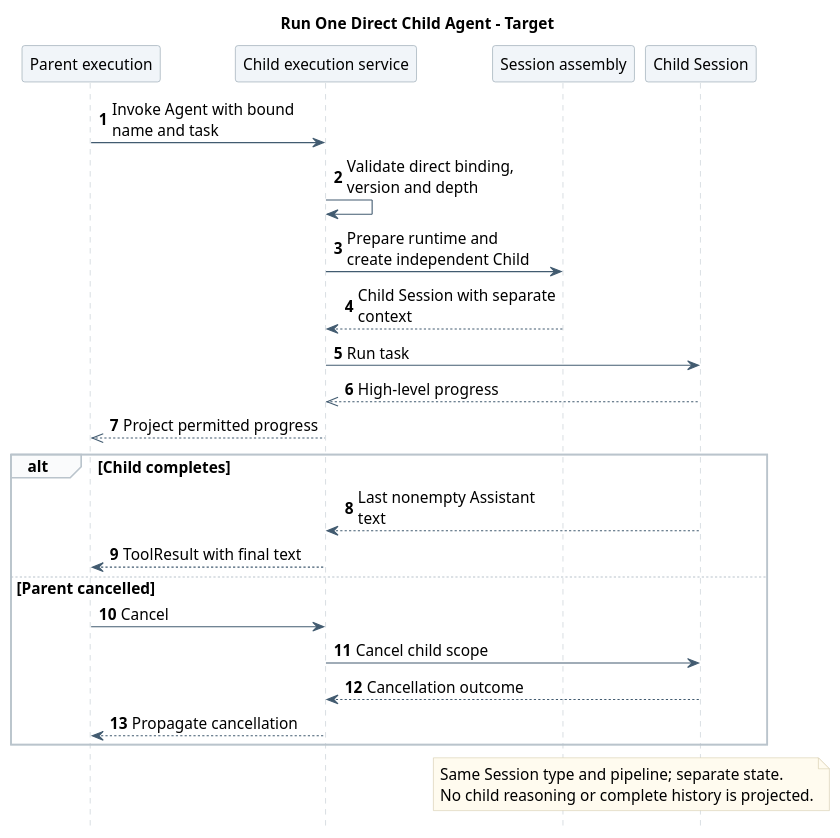
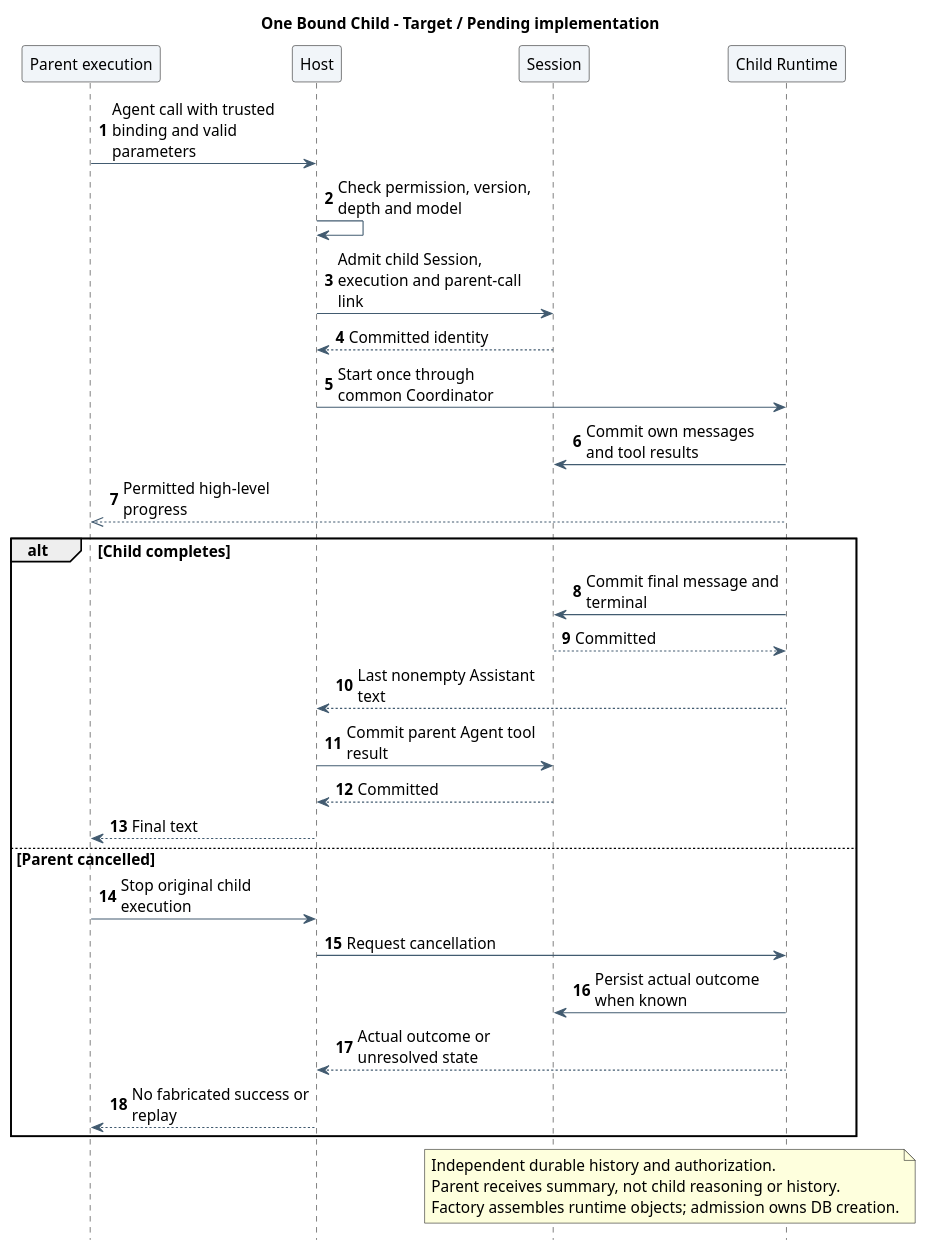
One commit to ssm0808/pi-mono-java-design changed the seventh of 13 diagrams in 01-总体架构/02-CampusClaw工具系统/diagram.puml. Above: the diagram before and after it, drawn with PlantUML. The commit also changed 36 other files, not shown here.

```diff
--- a/01-总体架构/02-CampusClaw工具系统/diagram.puml
+++ b/01-总体架构/02-CampusClaw工具系统/diagram.puml
@@ -413,55 +413,48 @@
 @startuml subagent_execution_sequence
-' Source evidence (CampusClaw d649866):
-' modules/coding-agent-cli/src/main/java/com/campusclaw/codingagent/subagent/tool/SpawnAgentTool.java
-' modules/coding-agent-cli/src/main/java/com/campusclaw/codingagent/tool/delegation/InvokeAgentTool.java
-' modules/coding-agent-cli/src/main/java/com/campusclaw/codingagent/runtime/TransientAgentRunner.java
-' pi packages/coding-agent/examples/extensions/subagent/index.ts
-' OpenCode packages/opencode/src/tool/task.ts
-' Observed behavior: current code has separate spawn and invoke paths plus a
-' session after-hook special case.
-' Design reason: one Agent tool resolves direct bindings and delegates creation
-' to the common AgentSessionFactory. Execution location is not a tool contract.
-' Presentation: one responsibility-level scenario; implementation details remain in the linked document.
+' Source evidence: Java main 769e86592285f4a25b0febaf551eddea6bc7212c
+' modules/coding-agent-cli/src/main/java/com/campusclaw/codingagent/tool/agent/SubagentExecutionService.java:runChild
+' modules/coding-agent-cli/src/main/java/com/campusclaw/codingagent/runtimeapi/event/RuntimeExecutionCoordinator.java:start
+' Observed behavior: Child directly creates an in-memory runtime and returns final text.
+' Design reason: preserve independent durable child history and project only summary to parent.
 skinparam backgroundColor white
 skinparam defaultFontName SansSerif
 skinparam defaultFontSize 14
 skinparam shadowing false
 skinparam sequenceMessageAlign left
 skinparam maxMessageSize 180
 skinparam sequenceArrowColor #425B70
-skinparam sequenceLifeLineBorderColor #BAC4CC
 skinparam sequenceParticipantBackgroundColor #F1F5F9
-skinparam sequenceParticipantBorderColor #8496A4
-skinparam sequenceGroupBackgroundColor #FAFBFC
-skinparam sequenceGroupBorderColor #BAC4CC
-skinparam noteBackgroundColor #FFFBEF
-skinparam noteBorderColor #D2C6A5
 hide footbox
 autonumber
-
-title Run One Direct Child Agent - Target
+title One Bound Child - Target / Pending implementation
 participant "Parent execution" as Parent
-participant "Child execution service" as Service
-participant "Session assembly" as Factory
-participant "Child Session" as Child
-Parent -> Service : Invoke Agent with bound name and task
-Service -> Service : Validate direct binding, version and depth
-Service -> Factory : Prepare runtime and create independent Child
-Factory --> Service : Child Session with separate context
-Service -> Child : Run task
-Child -->> Service : High-level progress
-Service -->> Parent : Project permitted progress
+participant "Host" as Host
+participant "Session" as Store
+participant "Child Runtime" as Child
+Parent -> Host : Agent call with trusted binding and valid parameters
+Host -> Host : Check permission, version, depth and model
+Host -> Store : Admit child Session, execution and parent-call link
+Store --> Host : Committed identity
+Host -> Child : Start once through common Coordinator
+Child -> Store : Commit own messages and tool results
+Child -->> Parent : Permitted high-level progress
 alt Child completes
-  Child --> Service : Last nonempty Assistant text
-  Service --> Parent : ToolResult with final text
+  Child -> Store : Commit final message and terminal
+  Store --> Child : Committed
+  Child --> Host : Last nonempty Assistant text
+  Host -> Store : Commit parent Agent tool result
+  Store --> Host : Committed
+  Host --> Parent : Final text
 else Parent cancelled
-  Parent -> Service : Cancel
-  Service -> Child : Cancel child scope
-  Child --> Service : Cancellation outcome
-  Service --> Parent : Propagate cancellation
+  Parent -> Host : Stop original child execution
+  Host -> Child : Request cancellation
+  Child -> Store : Persist actual outcome when known
+  Child --> Host : Actual outcome or unresolved state
+  Host --> Parent : No fabricated success or replay
 end
-note over Factory,Child
-  Same Session type and pipeline; separate state.
-  No child reasoning or complete history is projected.
+note over Store,Child
+  Independent durable history and authorization.
+  Parent receives summary, not child reasoning or history.
+  Factory assembles runtime objects; admission owns DB creation.
 end note
 @enduml
```
